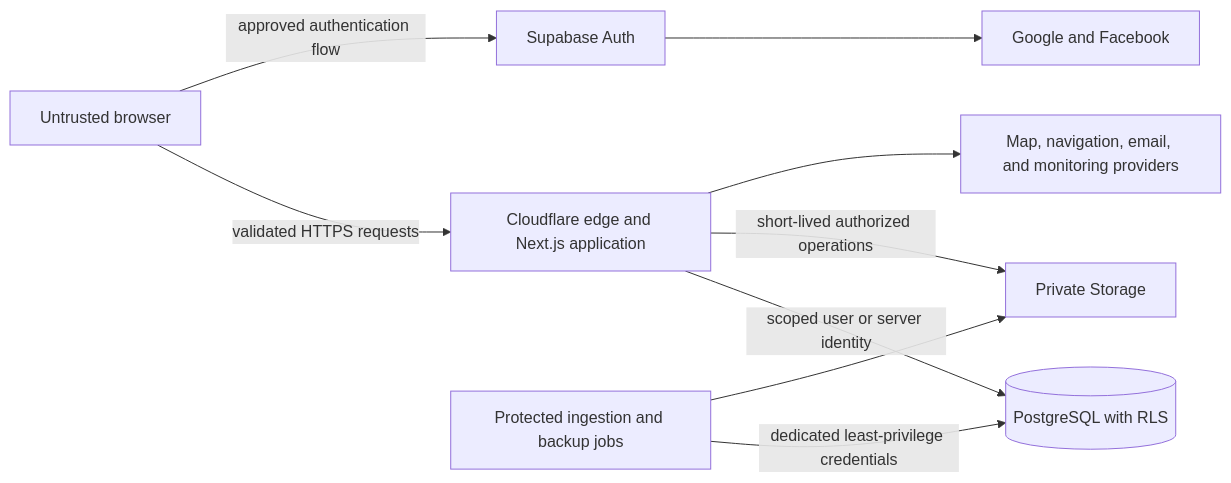
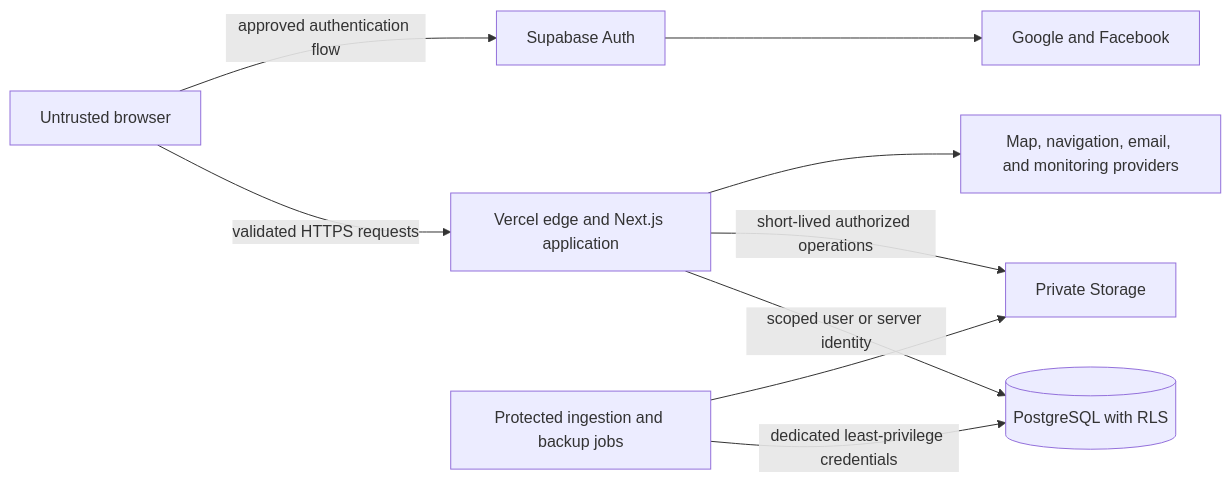
One commit to z4ynu/tagum-food-finder changed the first of 2 diagrams in docs/security.md. Above: the diagram before and after it, drawn with Mermaid. The commit also changed other lines of this file and 17 other files, not shown here.

````diff
--- a/docs/security.md
+++ b/docs/security.md
@@ -200,20 +200,20 @@
 ```mermaid
 flowchart LR
     browser[Untrusted browser]
-    edge[Cloudflare edge and Next.js application]
+    edge[Vercel edge and Next.js application]
     auth[Supabase Auth]
     db[(PostgreSQL with RLS)]
     storage[Private Storage]
     jobs[Protected ingestion and backup jobs]
     oauth[Google and Facebook]
     external[Map, navigation, email, and monitoring providers]
 
     browser -->|validated HTTPS requests| edge
     browser -->|approved authentication flow| auth
     auth --> oauth
     edge -->|scoped user or server identity| db
     edge -->|short-lived authorized operations| storage
     jobs -->|dedicated least-privilege credentials| db
     jobs --> storage
     edge --> external
 ```
````
